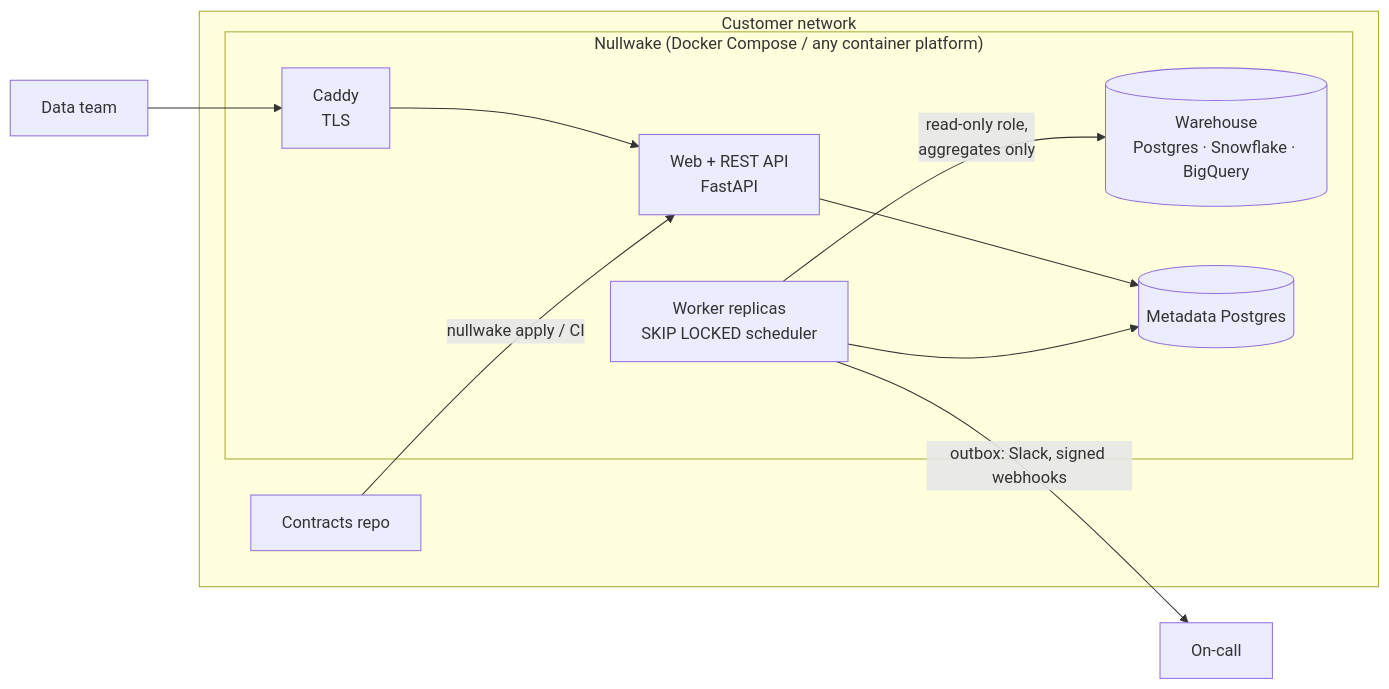
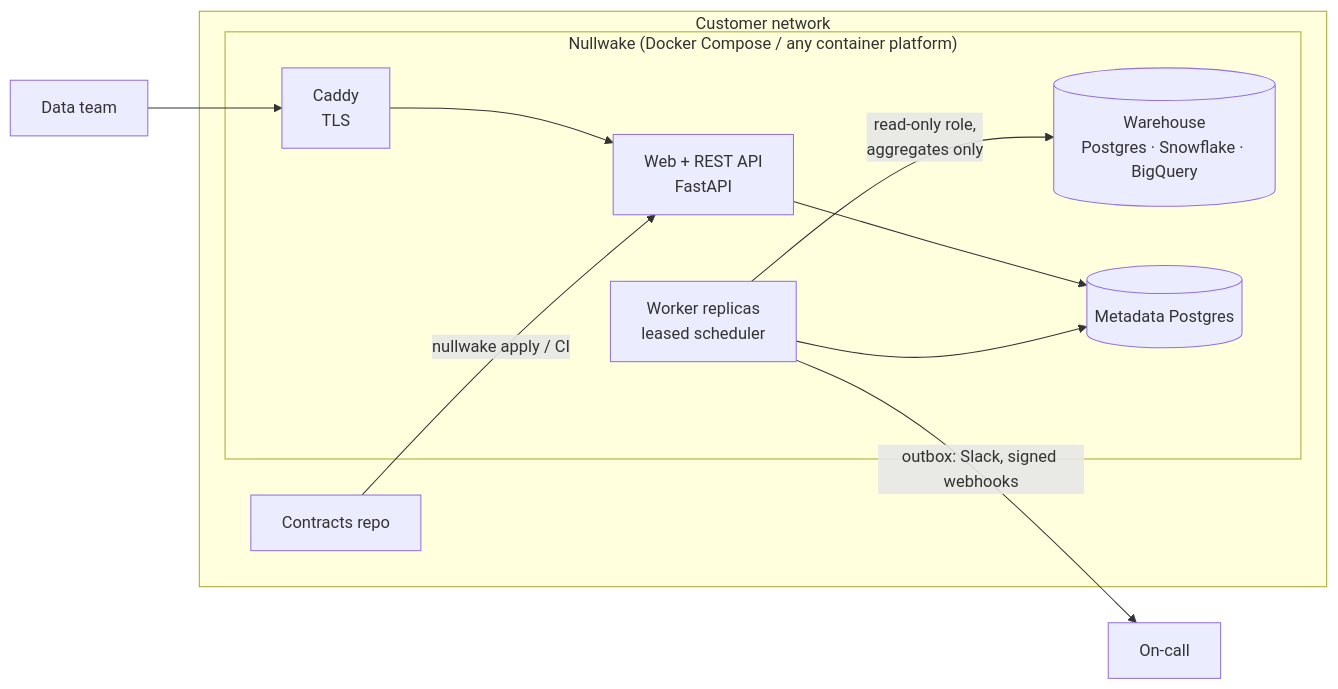
Before and after one commit to akhilp-prog/nullwake: the diagram in README.md, drawn with Mermaid. The commit also changed other lines of this file and 20 other files, not shown here.

````diff
--- a/README.md
+++ b/README.md
@@ -48,15 +53,15 @@
 ```mermaid
 flowchart LR
   subgraph customer["Customer network"]
     WH[(Warehouse<br/>Postgres · Snowflake · BigQuery)]
     subgraph nw["Nullwake (Docker Compose / any container platform)"]
       P[Caddy<br/>TLS] --> W[Web + REST API<br/>FastAPI]
-      K[Worker replicas<br/>SKIP LOCKED scheduler] -->|read-only role,<br/>aggregates only| WH
+      K[Worker replicas<br/>leased scheduler] -->|read-only role,<br/>aggregates only| WH
       W --> DB[(Metadata Postgres)]
       K --> DB
     end
     Git[Contracts repo] -->|nullwake apply / CI| W
   end
   K -->|outbox: Slack, signed webhooks| A[On-call]
   U[Data team] --> P
 ```
````
